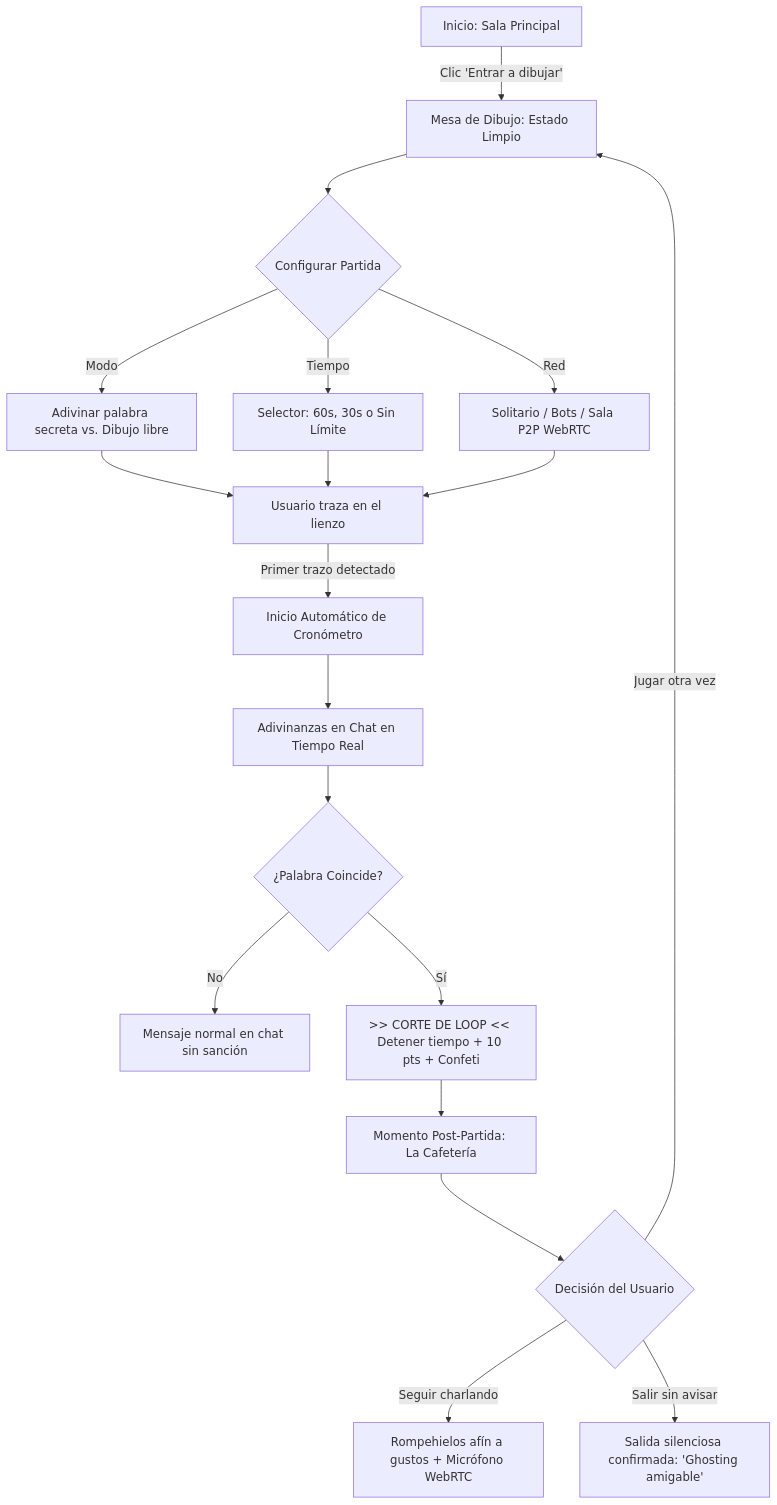
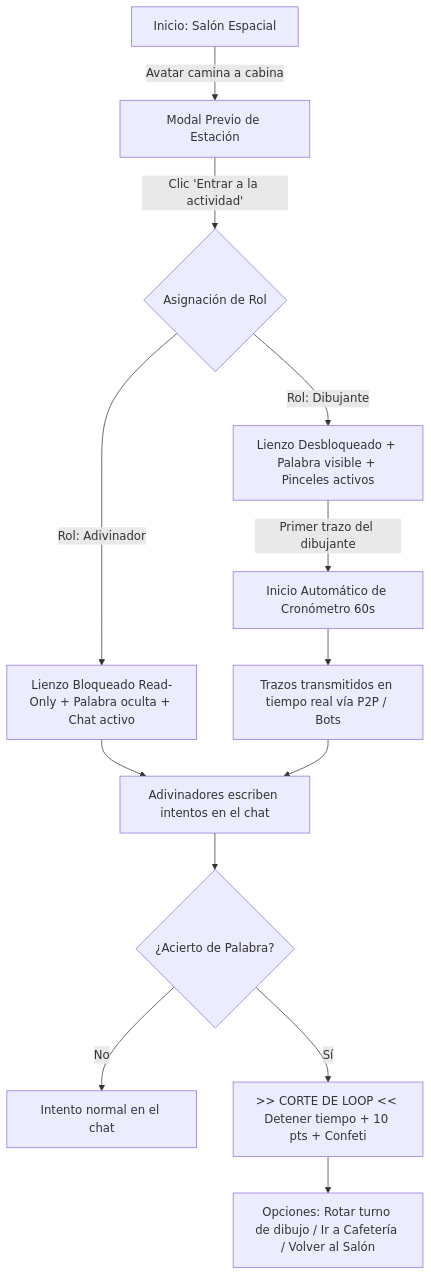
The first of 4 diagrams in Entregable_6_Grupo_7_Evaluacion_y_Cambios.md (HinaraSM12/PlayBreak), drawn with Mermaid before and after one commit. The commit also changed other lines of this file and 7 other files, not shown here.

Commit message:
feat: roles en dibujo, alternancia en palabras, salon virtual y actualizacion de seccion 2 del entregable 6

````diff
--- a/Entregable_6_Grupo_7_Evaluacion_y_Cambios.md
+++ b/Entregable_6_Grupo_7_Evaluacion_y_Cambios.md
@@ -101,19 +135,14 @@
 ```mermaid
 graph TD
-    A[Inicio: Sala Principal] -->|Clic 'Entrar a dibujar'| B[Mesa de Dibujo: Estado Limpio]
-    B --> C{Configurar Partida}
-    C -->|Modo| D[Adivinar palabra secreta vs. Dibujo libre]
-    C -->|Tiempo| E[Selector: 60s, 30s o Sin Límite]
-    C -->|Red| F[Solitario / Bots / Sala P2P WebRTC]
-    D & E & F --> G[Usuario traza en el lienzo]
-    G -->|Primer trazo detectado| H[Inicio Automático de Cronómetro]
-    H --> I[Adivinanzas en Chat en Tiempo Real]
-    I --> J{¿Palabra Coincide?}
-    J -->|No| K[Mensaje normal en chat sin sanción]
-    J -->|Sí| L[>> CORTE DE LOOP << Detener tiempo + 10 pts + Confeti]
-    L --> M[Momento Post-Partida: La Cafetería]
-    M --> N{Decisión del Usuario}
-    N -->|Seguir charlando| O[Rompehielos afín a gustos + Micrófono WebRTC]
-    N -->|Jugar otra vez| B
-    N -->|Salir sin avisar| P[Salida silenciosa confirmada: 'Ghosting amigable']
+    A[Inicio: Salón Espacial] -->|Avatar camina a cabina| B[Modal Previo de Estación]
+    B -->|Clic 'Entrar a la actividad'| C{Asignación de Rol}
+    C -->|Rol: Dibujante| D[Lienzo Desbloqueado + Palabra visible + Pinceles activos]
+    C -->|Rol: Adivinador| E[Lienzo Bloqueado Read-Only + Palabra oculta + Chat activo]
+    D -->|Primer trazo del dibujante| F[Inicio Automático de Cronómetro 60s]
+    F --> G[Trazos transmitidos en tiempo real vía P2P / Bots]
+    E & G --> H[Adivinadores escriben intentos en el chat]
+    H --> I{¿Acierto de Palabra?}
+    I -->|No| J[Intento normal en el chat]
+    I -->|Sí| K[>> CORTE DE LOOP << Detener tiempo + 10 pts + Confeti]
+    K --> L[Opciones: Rotar turno de dibujo / Ir a Cafetería / Volver al Salón]
 ```
````
